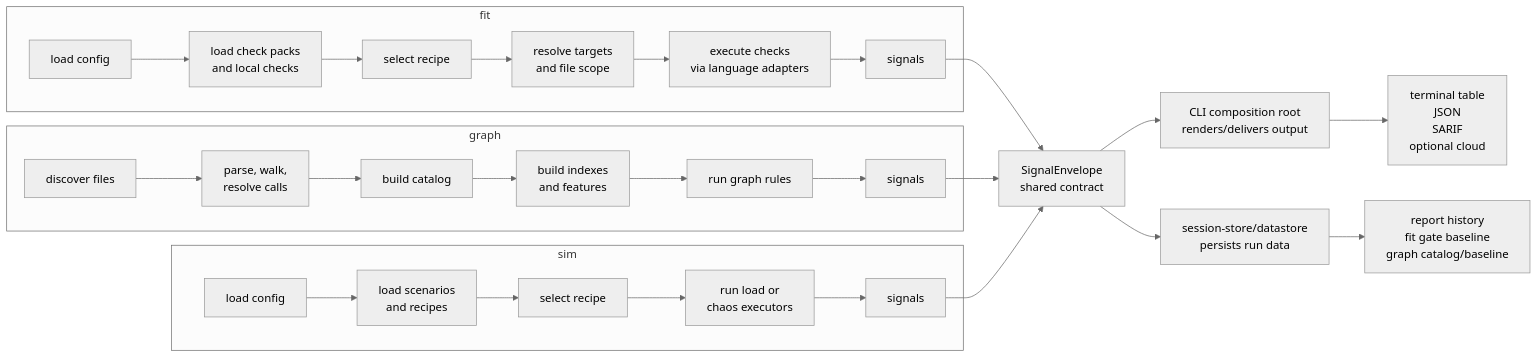
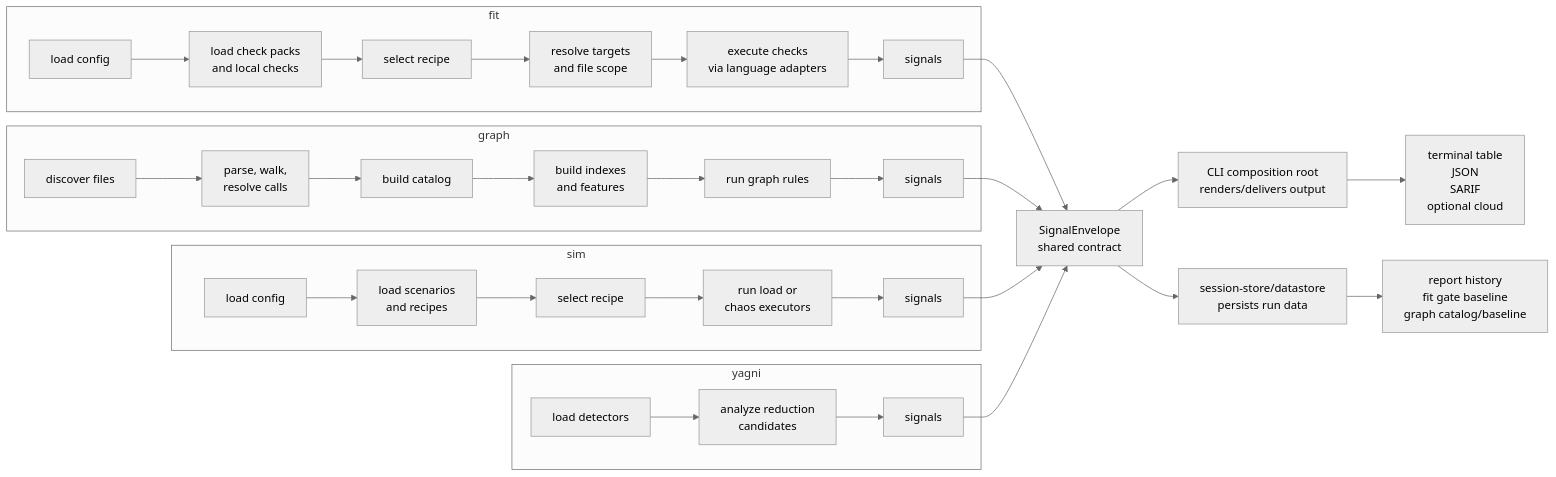
One commit to opensip-ai/opensip-cli changed the third of 3 diagrams in docs/public/00-start/07-architecture-overview.md. Above: the diagram before and after it, drawn with Mermaid (neutral theme). The commit also changed other lines of this file and 47 other files, not shown here.

````diff
--- a/docs/public/00-start/07-architecture-overview.md
+++ b/docs/public/00-start/07-architecture-overview.md
@@ -141,34 +141,40 @@
 ```mermaid
 flowchart LR
   subgraph Fit["fit"]
     F1["load config"] --> F2["load check packs<br/>and local checks"]
     F2 --> F3["select recipe"]
     F3 --> F4["resolve targets<br/>and file scope"]
     F4 --> F5["execute checks<br/>via language adapters"]
     F5 --> F6["signals"]
   end
 
   subgraph Graph["graph"]
     G1["discover files"] --> G2["parse, walk,<br/>resolve calls"]
     G2 --> G3["build catalog"]
     G3 --> G4["build indexes<br/>and features"]
     G4 --> G5["run graph rules"]
     G5 --> G6["signals"]
   end
 
   subgraph Sim["sim"]
     S1["load config"] --> S2["load scenarios<br/>and recipes"]
     S2 --> S3["select recipe"]
     S3 --> S4["run load or<br/>chaos executors"]
     S4 --> S5["signals"]
   end
 
+  subgraph Yagni["yagni"]
+    Y1["load detectors"] --> Y2["analyze reduction<br/>candidates"]
+    Y2 --> Y3["signals"]
+  end
+
   F6 --> E["SignalEnvelope<br/>shared contract"]
   G6 --> E
   S5 --> E
+  Y3 --> E
 
   E --> O["CLI composition root<br/>renders/delivers output"]
   E --> P["session-store/datastore<br/>persists run data"]
   O --> X["terminal table<br/>JSON<br/>SARIF<br/>optional cloud"]
   P --> D["report history<br/>fit gate baseline<br/>graph catalog/baseline"]
 ```
````
